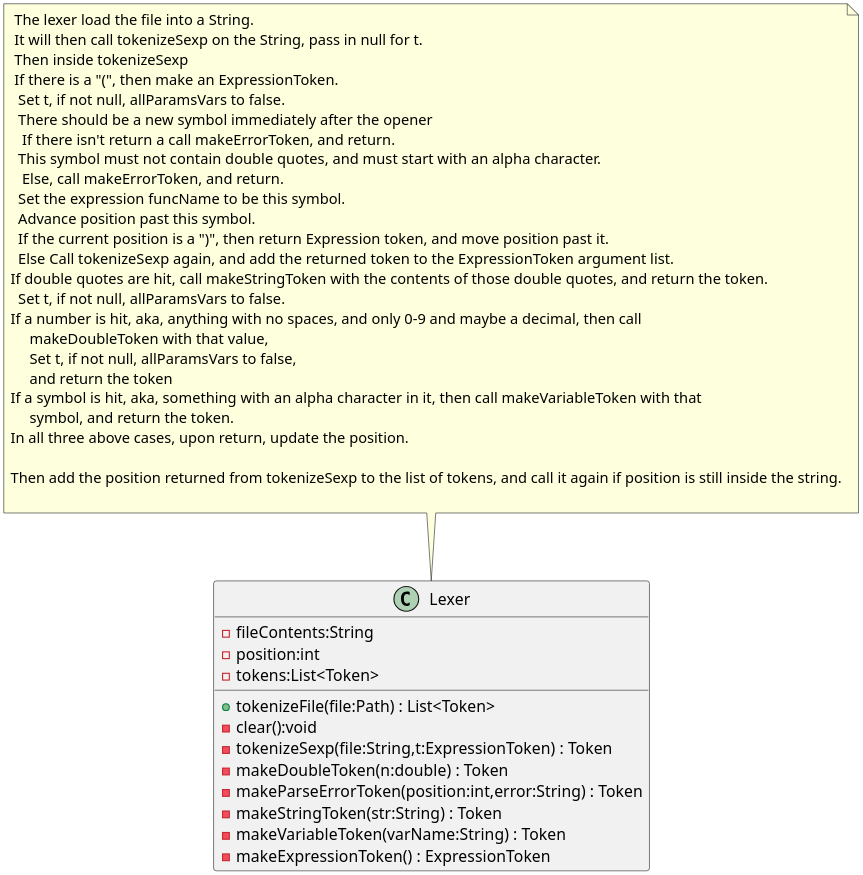
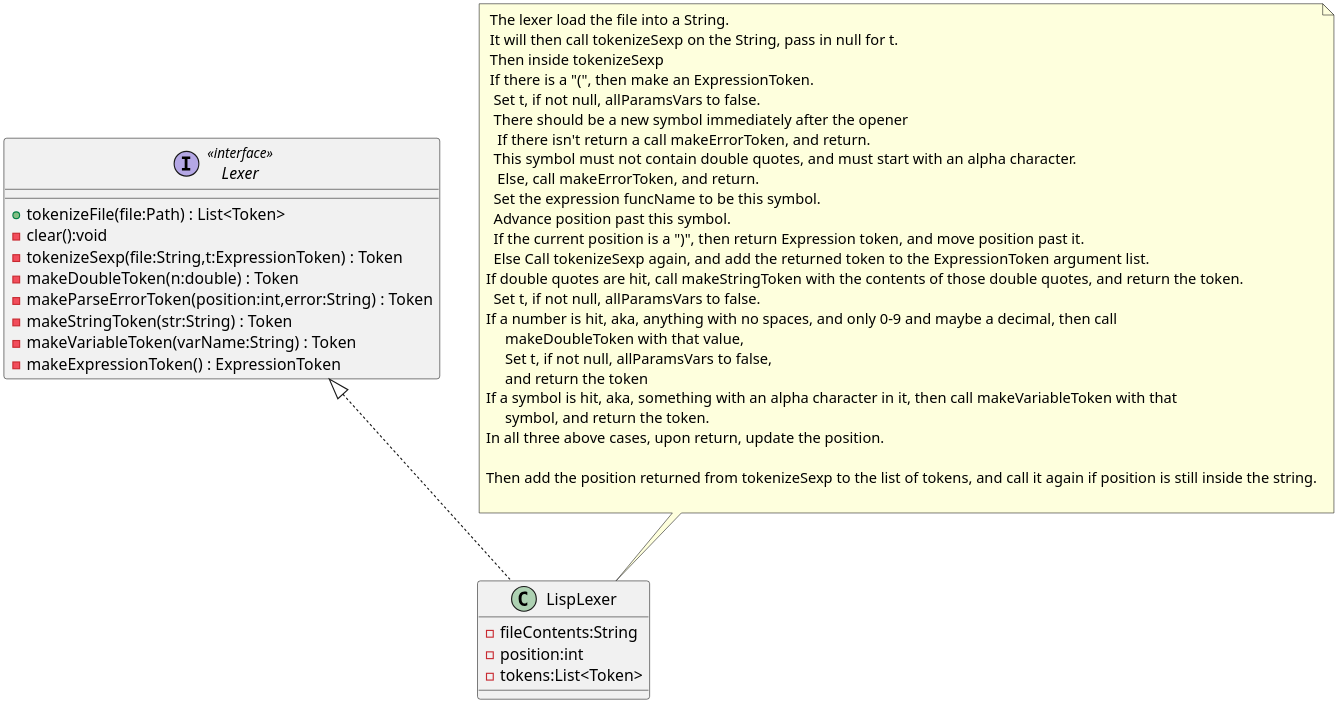
One commit to MatthewBregg/DesignPatternsRepo changed the diagram in Structure_UML/Lexer.org. Above: the diagram before and after it, drawn with PlantUML. The commit also changed 8 other files, not shown here.

Commit message:
Updated some stuff  - More on Builder in final doc  - Lexer is now an interface  - ScriptEvaluator is now an interface

```diff
--- a/Structure_UML/Lexer.org
+++ b/Structure_UML/Lexer.org
@@ -3,46 +3,49 @@
 #+BEGIN_SRC plantuml :file LexerUML.png
 skinparam dpi 300
 
-class Lexer
+interface Lexer<<interface>>
 Lexer : +tokenizeFile(file:Path) : List<Token>
 Lexer : -clear():void
-Lexer : -fileContents:String
-Lexer : -position:int
 Lexer : -tokenizeSexp(file:String,t:ExpressionToken) : Token
-Lexer : -tokens:List<Token>
 Lexer : -makeDoubleToken(n:double) : Token
 Lexer : -makeParseErrorToken(position:int,error:String) : Token
 Lexer : -makeStringToken(str:String) : Token
 Lexer : -makeVariableToken(varName:String) : Token
 Lexer : -makeExpressionToken() : ExpressionToken
 
-note top of Lexer
+class LispLexer
+LispLexer : -fileContents:String
+LispLexer : -position:int
+Lexer <|.. LispLexer
+LispLexer : -tokens:List<Token>
+
+note top of LispLexer
  The lexer load the file into a String.
  It will then call tokenizeSexp on the String, pass in null for t.
  Then inside tokenizeSexp
  If there is a "(", then make an ExpressionToken.
   Set t, if not null, allParamsVars to false.
   There should be a new symbol immediately after the opener
    If there isn't return a call makeErrorToken, and return.
   This symbol must not contain double quotes, and must start with an alpha character.
    Else, call makeErrorToken, and return. 
   Set the expression funcName to be this symbol. 
   Advance position past this symbol.
   If the current position is a ")", then return Expression token, and move position past it.
   Else Call tokenizeSexp again, and add the returned token to the ExpressionToken argument list.
 If double quotes are hit, call makeStringToken with the contents of those double quotes, and return the token.
   Set t, if not null, allParamsVars to false.
 If a number is hit, aka, anything with no spaces, and only 0-9 and maybe a decimal, then call 
      makeDoubleToken with that value, 
      Set t, if not null, allParamsVars to false,
      and return the token
 If a symbol is hit, aka, something with an alpha character in it, then call makeVariableToken with that
      symbol, and return the token.
 In all three above cases, upon return, update the position.
 
 Then add the position returned from tokenizeSexp to the list of tokens, and call it again if position is still inside the string.
 
 end note
   
 
 #+END_SRC
```
